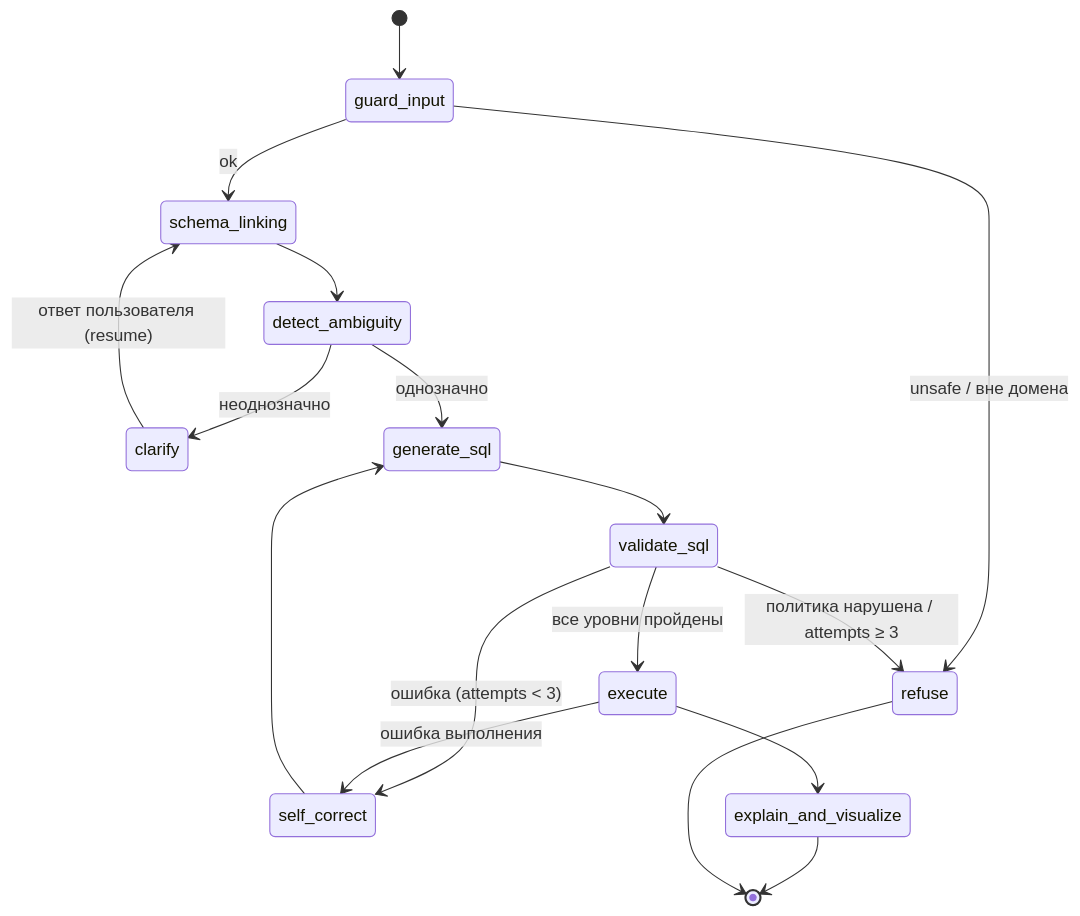
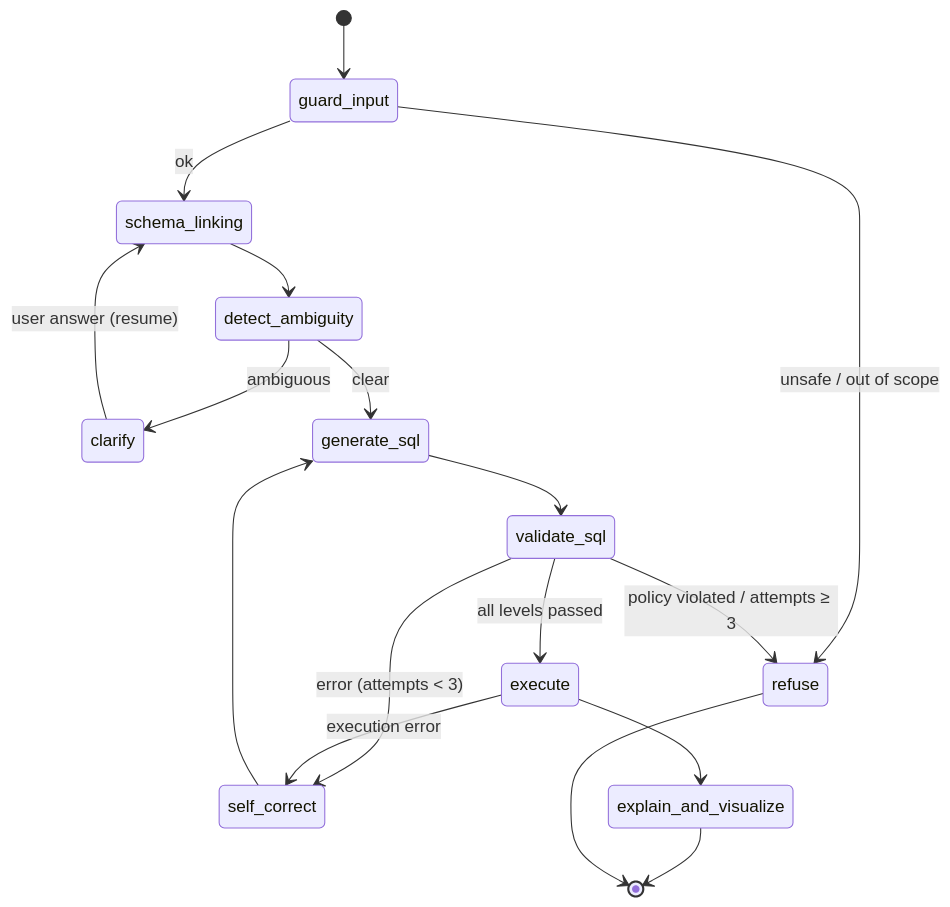
One commit to Abegerov4/Suhbat2DB changed the second of 2 diagrams in README.md. Above: the diagram before and after it, drawn with Mermaid. The commit also changed other lines of this file and 41 other files, not shown here.

First line of the commit message:
DIP-40: Translate documentation and diagrams into English

````diff
--- a/README.md
+++ b/README.md
@@ -147,19 +147,19 @@
 ```mermaid
 stateDiagram-v2
     [*] --> guard_input
-    guard_input --> refuse: unsafe / вне домена
+    guard_input --> refuse: unsafe / out of scope
     guard_input --> schema_linking: ok
     schema_linking --> detect_ambiguity
-    detect_ambiguity --> clarify: неоднозначно
-    clarify --> schema_linking: ответ пользователя (resume)
-    detect_ambiguity --> generate_sql: однозначно
+    detect_ambiguity --> clarify: ambiguous
+    clarify --> schema_linking: user answer (resume)
+    detect_ambiguity --> generate_sql: clear
     generate_sql --> validate_sql
-    validate_sql --> execute: все уровни пройдены
-    validate_sql --> self_correct: ошибка (attempts < 3)
-    validate_sql --> refuse: политика нарушена / attempts ≥ 3
+    validate_sql --> execute: all levels passed
+    validate_sql --> self_correct: error (attempts < 3)
+    validate_sql --> refuse: policy violated / attempts ≥ 3
     self_correct --> generate_sql
-    execute --> self_correct: ошибка выполнения
+    execute --> self_correct: execution error
     execute --> explain_and_visualize
     explain_and_visualize --> [*]
     refuse --> [*]
 ```
````
